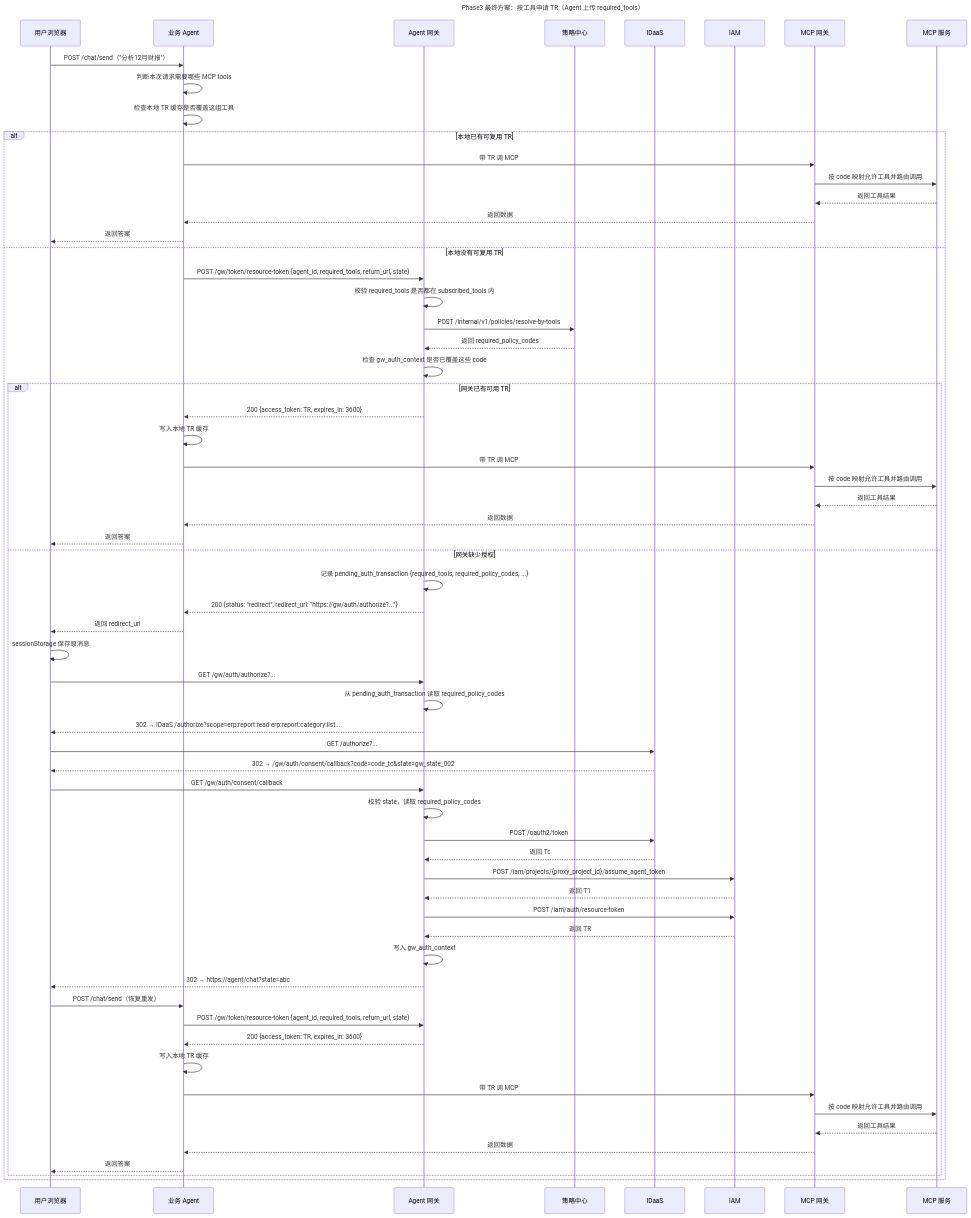
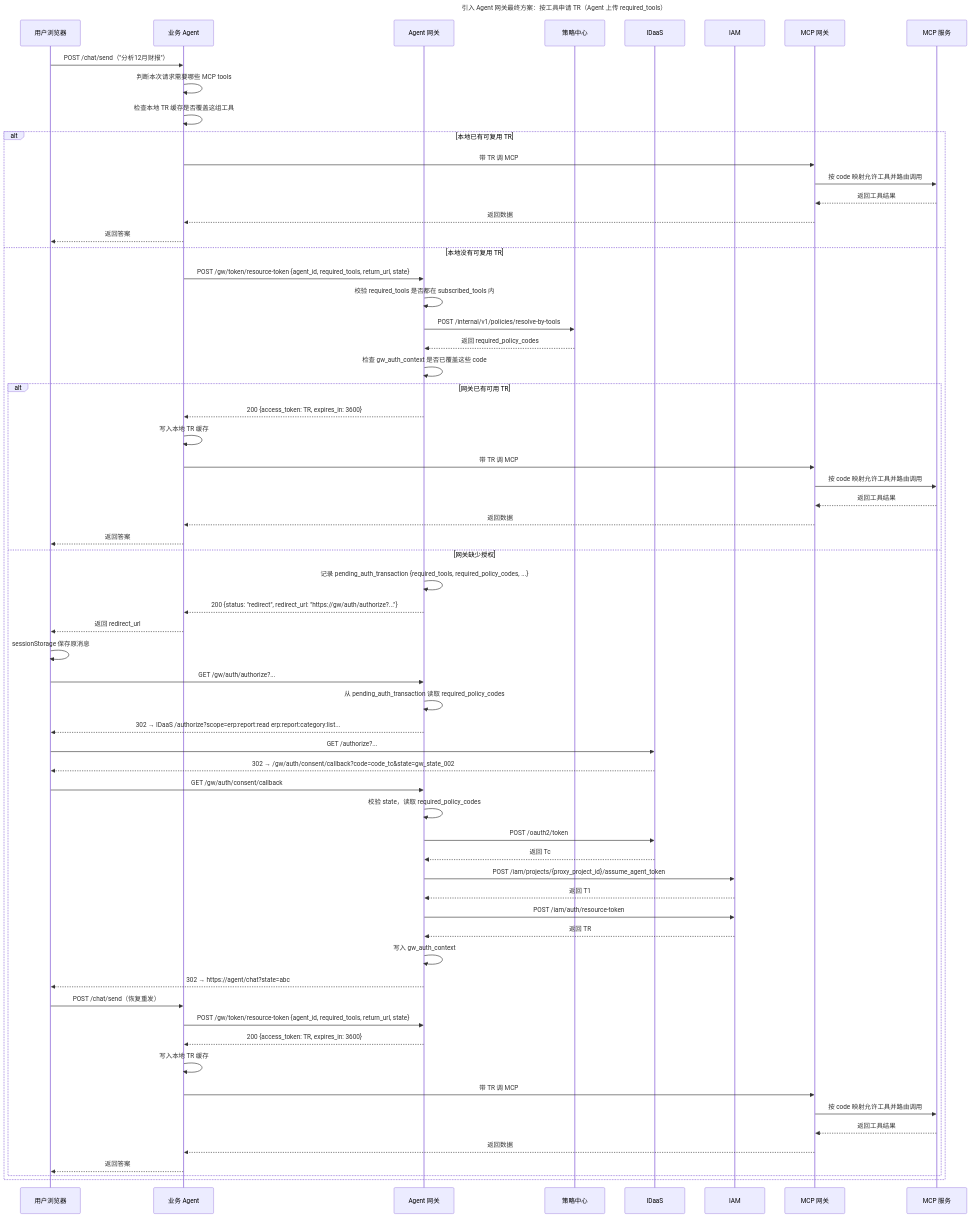
The third of 4 diagrams in docs/design/final_design/02_引入Agent网关版方案.md (xuning117634-ux/auth-design-spec), drawn with Mermaid before and after one commit. The commit also changed other lines of this file and 1 other file, not shown here.

````diff
--- a/docs/design/final_design/02_引入Agent网关版方案.md
+++ b/docs/design/final_design/02_引入Agent网关版方案.md
@@ -249,73 +249,73 @@
 ```mermaid
 sequenceDiagram
-    title Phase3 最终方案：按工具申请 TR（Agent 上传 required_tools）
+    title 引入 Agent 网关最终方案：按工具申请 TR（Agent 上传 required_tools）
     participant 用户 as 用户浏览器
     participant Agent as 业务 Agent
     participant GW as Agent 网关
     participant PC as 策略中心
     participant IDaaS as IDaaS
     participant IAM as IAM
     participant MCP网关 as MCP 网关
     participant MCP服务 as MCP 服务
 
     用户->>Agent: POST /chat/send（"分析12月财报"）
     Agent->>Agent: 判断本次请求需要哪些 MCP tools
     Agent->>Agent: 检查本地 TR 缓存是否覆盖这组工具
 
     alt 本地已有可复用 TR
         Agent->>MCP网关: 带 TR 调 MCP
         MCP网关->>MCP服务: 按 code 映射允许工具并路由调用
         MCP服务-->>MCP网关: 返回工具结果
         MCP网关-->>Agent: 返回数据
         Agent-->>用户: 返回答案
     else 本地没有可复用 TR
         Agent->>GW: POST /gw/token/resource-token {agent_id, required_tools, return_url, state}
         GW->>GW: 校验 required_tools 是否都在 subscribed_tools 内
         GW->>PC: POST /internal/v1/policies/resolve-by-tools
         PC-->>GW: 返回 required_policy_codes
         GW->>GW: 检查 gw_auth_context 是否已覆盖这些 code
 
         alt 网关已有可用 TR
             GW-->>Agent: 200 {access_token: TR, expires_in: 3600}
             Agent->>Agent: 写入本地 TR 缓存
             Agent->>MCP网关: 带 TR 调 MCP
             MCP网关->>MCP服务: 按 code 映射允许工具并路由调用
             MCP服务-->>MCP网关: 返回工具结果
             MCP网关-->>Agent: 返回数据
             Agent-->>用户: 返回答案
         else 网关缺少授权
             GW->>GW: 记录 pending_auth_transaction {required_tools, required_policy_codes, ...}
             GW-->>Agent: 200 {status: "redirect", redirect_url: "https://gw/auth/authorize?..."}
             Agent-->>用户: 返回 redirect_url
 
             用户->>用户: sessionStorage 保存原消息
             用户->>GW: GET /gw/auth/authorize?... 
             GW->>GW: 从 pending_auth_transaction 读取 required_policy_codes
             GW-->>用户: 302 → IDaaS /authorize?scope=erp:report:read erp:report:category:list...
 
             用户->>IDaaS: GET /authorize?... 
             IDaaS-->>用户: 302 → /gw/auth/consent/callback?code=code_tc&state=gw_state_002
 
             用户->>GW: GET /gw/auth/consent/callback
             GW->>GW: 校验 state，读取 required_policy_codes
             GW->>IDaaS: POST /oauth2/token
             IDaaS-->>GW: 返回 Tc
             GW->>IAM: POST /iam/projects/{proxy_project_id}/assume_agent_token
             IAM-->>GW: 返回 T1
             GW->>IAM: POST /iam/auth/resource-token
             IAM-->>GW: 返回 TR
             GW->>GW: 写入 gw_auth_context
             GW-->>用户: 302 → https://agent/chat?state=abc
 
             用户->>Agent: POST /chat/send（恢复重发）
             Agent->>GW: POST /gw/token/resource-token {agent_id, required_tools, return_url, state}
             GW-->>Agent: 200 {access_token: TR, expires_in: 3600}
             Agent->>Agent: 写入本地 TR 缓存
             Agent->>MCP网关: 带 TR 调 MCP
             MCP网关->>MCP服务: 按 code 映射允许工具并路由调用
             MCP服务-->>MCP网关: 返回工具结果
             MCP网关-->>Agent: 返回数据
             Agent-->>用户: 返回答案
         end
     end
 ```
````
